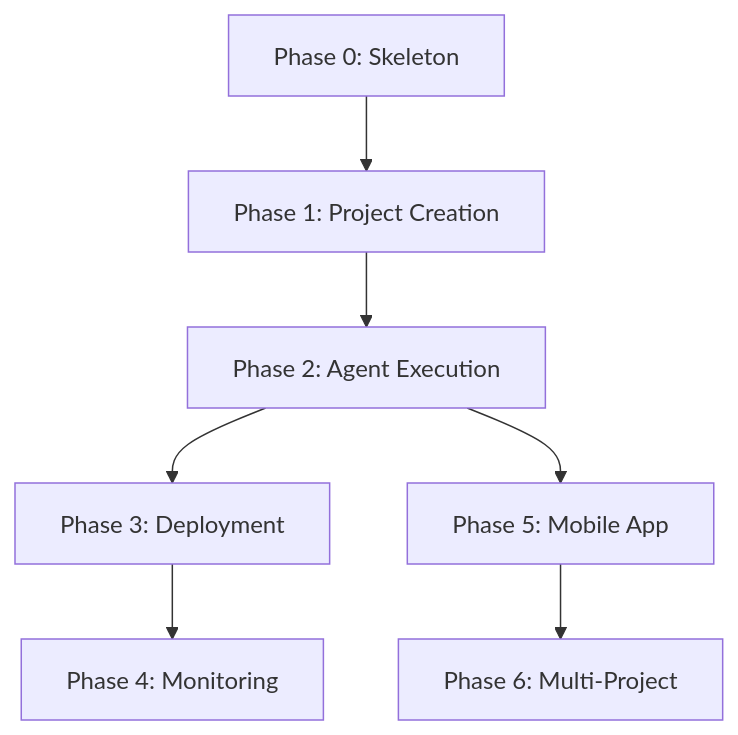
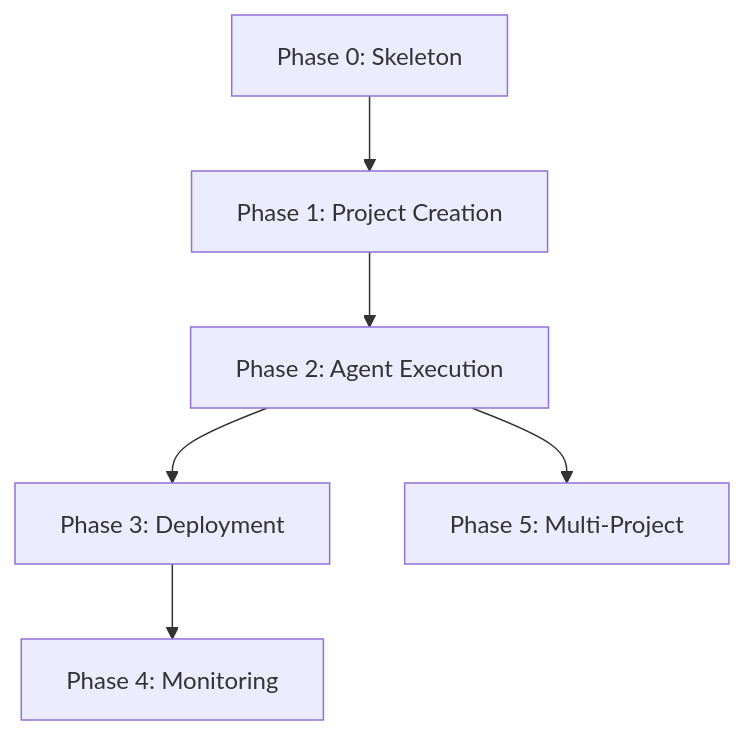
The diagram in docs/PLAN.md (operator-auteng-ai/hq), drawn with Mermaid before and after one commit. The commit also changed other lines of this file and 71 other files, not shown here.

````diff
--- a/docs/PLAN.md
+++ b/docs/PLAN.md
@@ -149,9 +142,8 @@
 ```mermaid
 graph TD
     P0["Phase 0: Skeleton"] --> P1["Phase 1: Project Creation"]
     P1 --> P2["Phase 2: Agent Execution"]
     P2 --> P3["Phase 3: Deployment"]
-    P2 --> P5["Phase 5: Mobile App"]
     P3 --> P4["Phase 4: Monitoring"]
-    P5 --> P6["Phase 6: Multi-Project"]
+    P2 --> P5["Phase 5: Multi-Project"]
 ```
````
